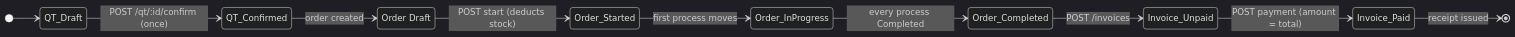
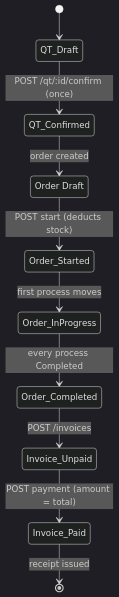
Before and after one commit to Detmon0410/Base_Sample_ERP: the fifth of 6 diagrams in ProjectdocInfo/APIs Diagram.md, drawn with Mermaid (dark theme). The commit also changed other lines of this file and 25 other files, not shown here.

First line of the commit message:
APIs Diagram page from APIs Diagram.md; sensitive details hidden on every docs page

````diff
--- a/ProjectdocInfo/APIs Diagram.md
+++ b/ProjectdocInfo/APIs Diagram.md
@@ -143,16 +143,15 @@
 ```mermaid
 stateDiagram-v2
-    direction LR
     [*] --> QT_Draft
     QT_Draft --> QT_Confirmed: POST /qt/:id/confirm (once)
     QT_Confirmed --> Order_Draft: order created
 
     state "Order Draft" as Order_Draft
     Order_Draft --> Order_Started: POST start (deducts stock)
     Order_Started --> Order_InProgress: first process moves
     Order_InProgress --> Order_Completed: every process Completed
 
     Order_Completed --> Invoice_Unpaid: POST /invoices
     Invoice_Unpaid --> Invoice_Paid: POST payment (amount = total)
     Invoice_Paid --> [*]: receipt issued
 ```
````
